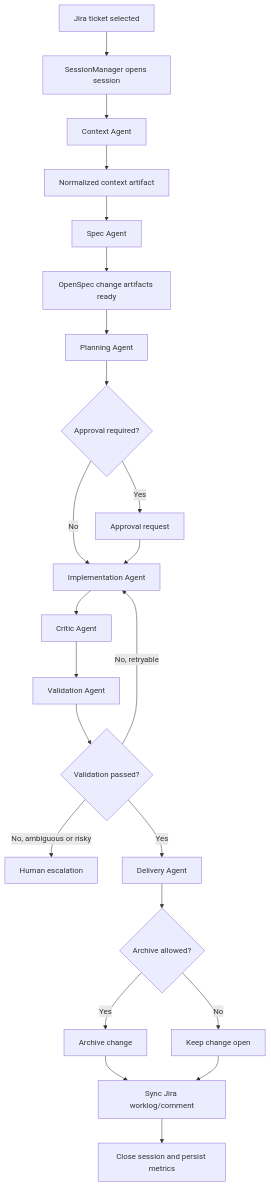
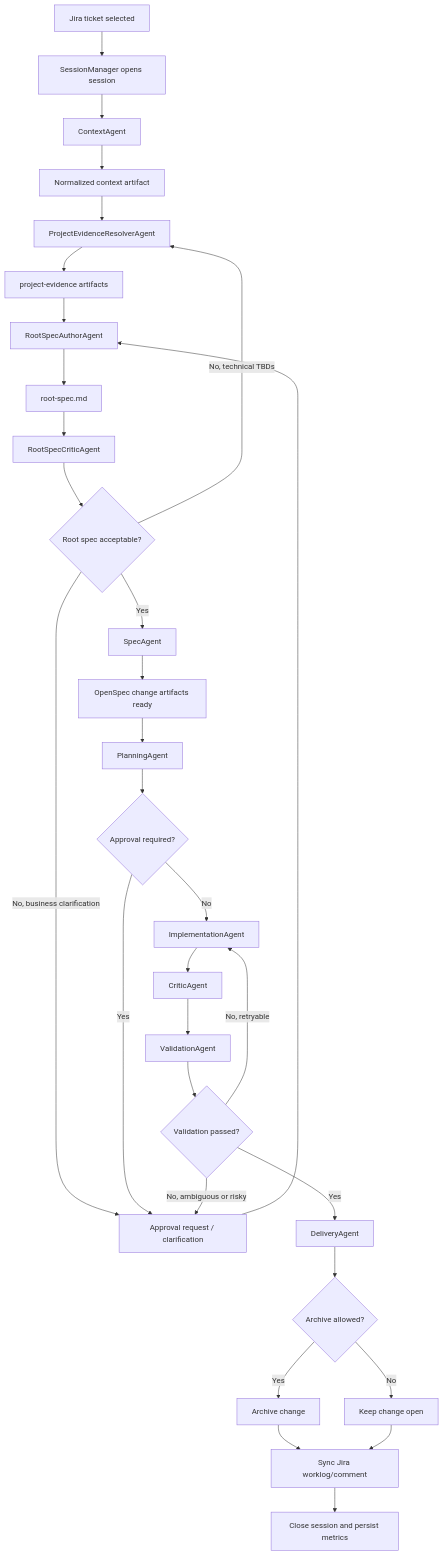
One commit to embrana/AutomateIA changed the third of 3 diagrams in docs/agentic-runtime/ARCHITECTURE.md. Above: the diagram before and after it, drawn with Mermaid. The commit also changed other lines of this file and 27 other files, not shown here.

````diff
--- a/docs/agentic-runtime/ARCHITECTURE.md
+++ b/docs/agentic-runtime/ARCHITECTURE.md
@@ -295,25 +320,33 @@
 ```mermaid
 flowchart TD
     A["Jira ticket selected"] --> B["SessionManager opens session"]
-    B --> C["Context Agent"]
+    B --> C["ContextAgent"]
     C --> D["Normalized context artifact"]
-    D --> E["Spec Agent"]
-    E --> F["OpenSpec change artifacts ready"]
-    F --> G["Planning Agent"]
-    G --> H{"Approval required?"}
-    H -->|"Yes"| I["Approval request"]
-    H -->|"No"| J["Implementation Agent"]
-    I --> J
-    J --> K["Critic Agent"]
-    K --> L["Validation Agent"]
-    L --> M{"Validation passed?"}
-    M -->|"No, retryable"| J
-    M -->|"No, ambiguous or risky"| N["Human escalation"]
-    M -->|"Yes"| O["Delivery Agent"]
-    O --> P{"Archive allowed?"}
-    P -->|"Yes"| Q["Archive change"]
-    P -->|"No"| R["Keep change open"]
-    Q --> S["Sync Jira worklog/comment"]
-    R --> S
-    S --> T["Close session and persist metrics"]
+    D --> E["ProjectEvidenceResolverAgent"]
+    E --> F["project-evidence artifacts"]
+    F --> G["RootSpecAuthorAgent"]
+    G --> H["root-spec.md"]
+    H --> I["RootSpecCriticAgent"]
+    I --> J{"Root spec acceptable?"}
+    J -->|"No, technical TBDs"| E
+    J -->|"No, business clarification"| K["Approval request / clarification"]
+    J -->|"Yes"| L["SpecAgent"]
+    K --> G
+    L --> M["OpenSpec change artifacts ready"]
+    M --> N["PlanningAgent"]
+    N --> O{"Approval required?"}
+    O -->|"Yes"| K
+    O -->|"No"| P["ImplementationAgent"]
+    P --> Q["CriticAgent"]
+    Q --> R["ValidationAgent"]
+    R --> S{"Validation passed?"}
+    S -->|"No, retryable"| P
+    S -->|"No, ambiguous or risky"| K
+    S -->|"Yes"| T["DeliveryAgent"]
+    T --> U{"Archive allowed?"}
+    U -->|"Yes"| V["Archive change"]
+    U -->|"No"| W["Keep change open"]
+    V --> X["Sync Jira worklog/comment"]
+    W --> X
+    X --> Y["Close session and persist metrics"]
 ```
````
